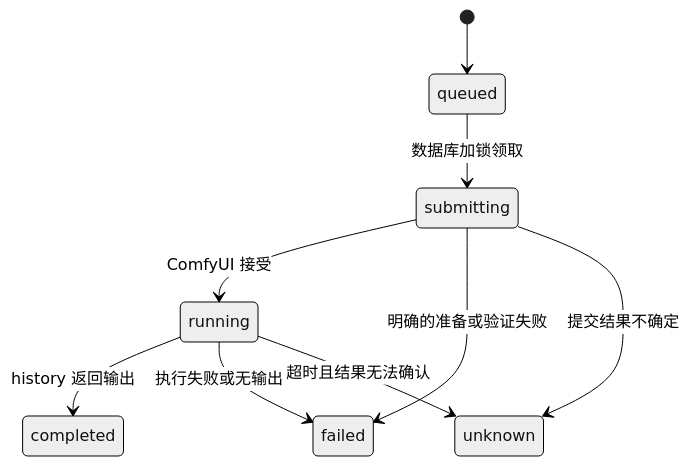
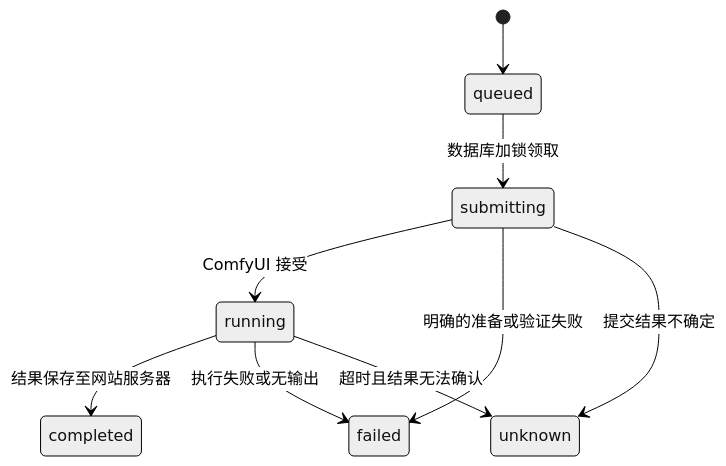
The diagram in backend/docs/data-model.md (wangxingda/aibox), drawn with Mermaid (neutral theme) before and after one commit. The commit also changed other lines of this file and 11 other files, not shown here.

````diff
--- a/backend/docs/data-model.md
+++ b/backend/docs/data-model.md
@@ -21,11 +21,11 @@
 ```mermaid
 stateDiagram-v2
     [*] --> queued
     queued --> submitting: 数据库加锁领取
     submitting --> running: ComfyUI 接受
     submitting --> failed: 明确的准备或验证失败
     submitting --> unknown: 提交结果不确定
-    running --> completed: history 返回输出
+    running --> completed: 结果保存至网站服务器
     running --> failed: 执行失败或无输出
     running --> unknown: 超时且结果无法确认
 ```
````
